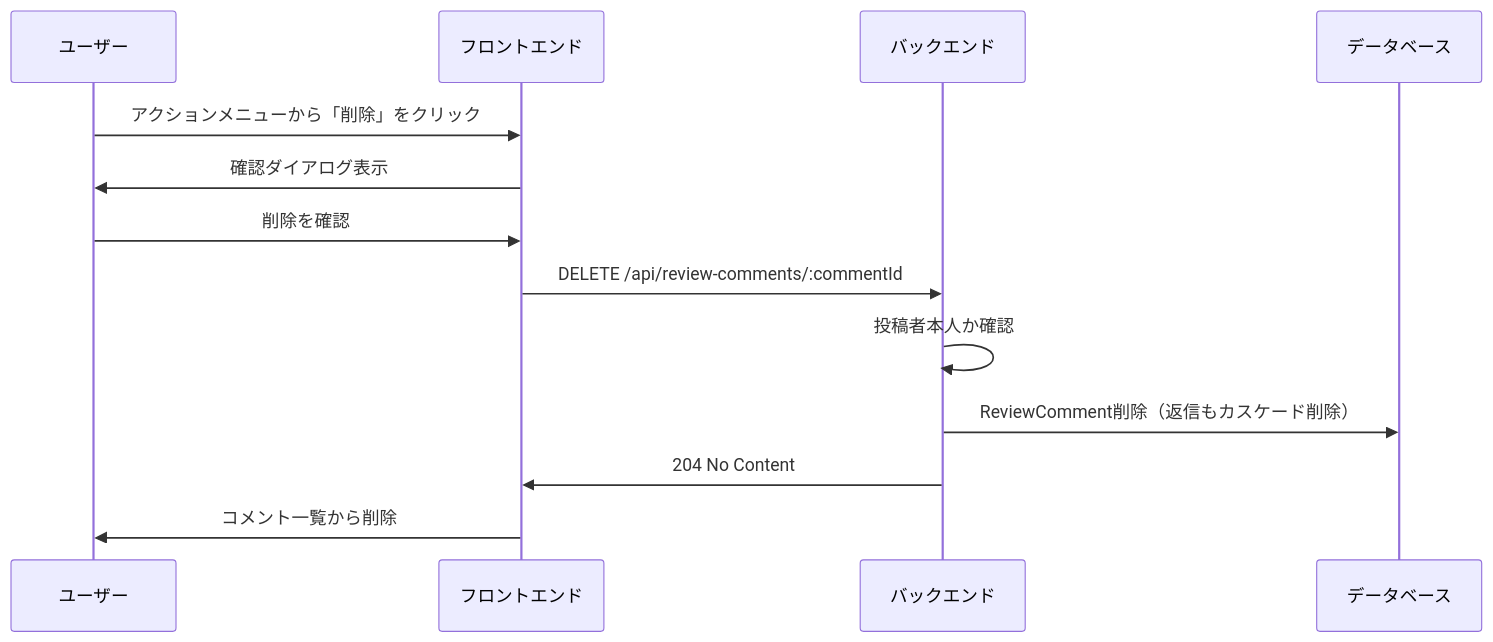
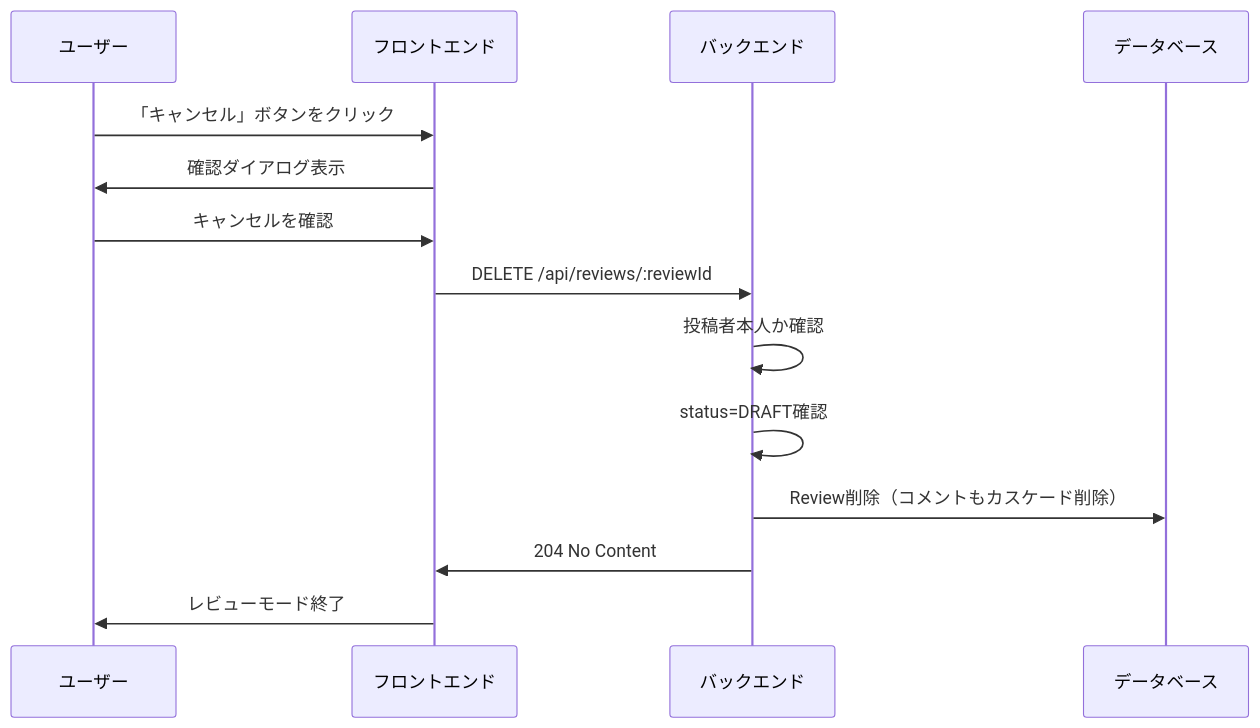
One commit to tsutsumi389/agentest changed the sixth of 7 diagrams in docs/architecture/features/review-comment.md. Above: the diagram before and after it, drawn with Mermaid. The commit also changed other lines of this file and 1 other file, not shown here.

First line of the commit message:
feat: Implement review feature with session-based commenting system

````diff
--- a/docs/architecture/features/review-comment.md
+++ b/docs/architecture/features/review-comment.md
@@ -209,16 +320,17 @@
 ```mermaid
 sequenceDiagram
     participant U as ユーザー
     participant F as フロントエンド
     participant B as バックエンド
     participant DB as データベース
 
-    U->>F: アクションメニューから「削除」をクリック
+    U->>F: 「キャンセル」ボタンをクリック
     F->>U: 確認ダイアログ表示
-    U->>F: 削除を確認
-    F->>B: DELETE /api/review-comments/:commentId
+    U->>F: キャンセルを確認
+    F->>B: DELETE /api/reviews/:reviewId
     B->>B: 投稿者本人か確認
-    B->>DB: ReviewComment削除（返信もカスケード削除）
+    B->>B: status=DRAFT確認
+    B->>DB: Review削除（コメントもカスケード削除）
     B->>F: 204 No Content
-    F->>U: コメント一覧から削除
+    F->>U: レビューモード終了
 ```
````
